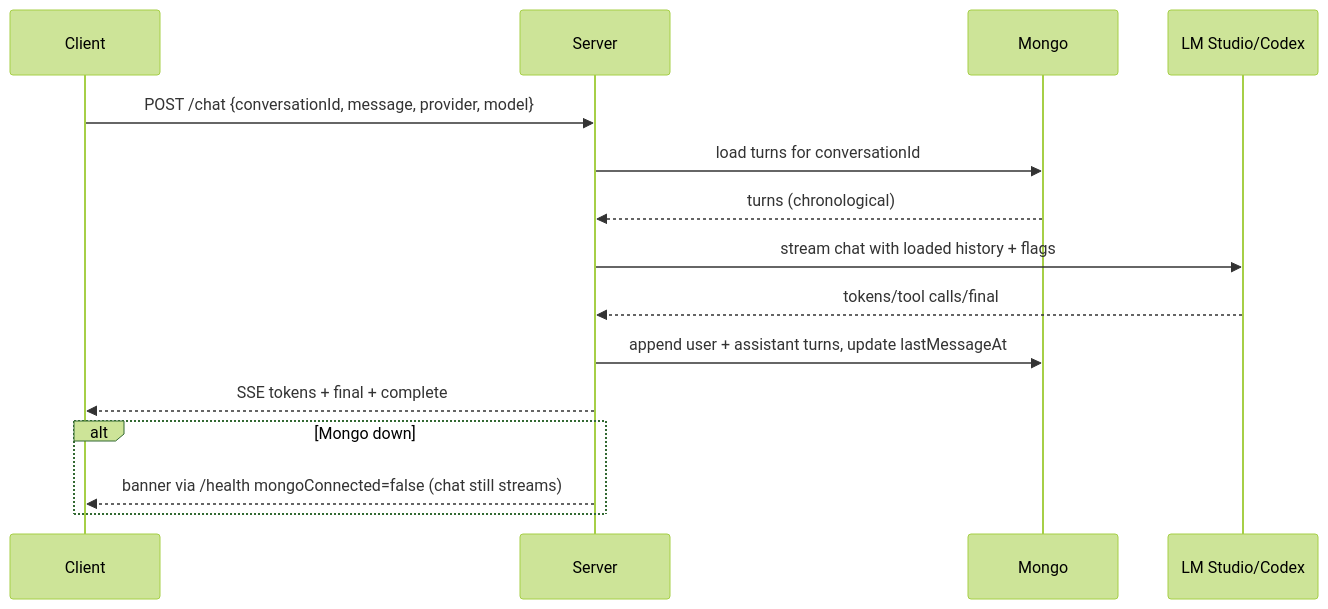
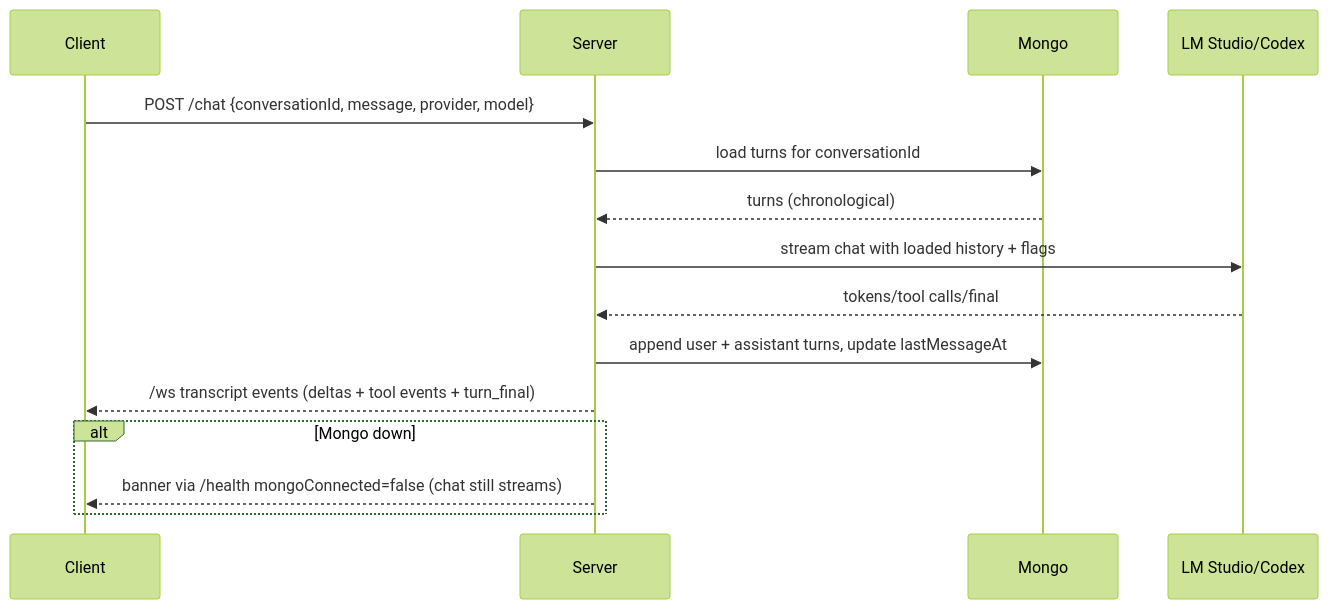
Before and after one commit to Chargeuk/codeInfo2: the second of 41 diagrams in design.md, drawn with Mermaid (forest theme). The commit also changed other lines of this file and 4 other files, not shown here.

````diff
--- a/design.md
+++ b/design.md
@@ -50,18 +50,18 @@
 ```mermaid
 sequenceDiagram
   participant Client
   participant Server
   participant Mongo
   participant Provider as LM Studio/Codex
 
   Client->>Server: POST /chat {conversationId, message, provider, model}
   Server->>Mongo: load turns for conversationId
   Mongo-->>Server: turns (chronological)
   Server->>Provider: stream chat with loaded history + flags
   Provider-->>Server: tokens/tool calls/final
   Server->>Mongo: append user + assistant turns, update lastMessageAt
-  Server-->>Client: SSE tokens + final + complete
+  Server-->>Client: /ws transcript events (deltas + tool events + turn_final)
   alt Mongo down
     Server-->>Client: banner via /health mongoConnected=false (chat still streams)
 end
 ```
````
